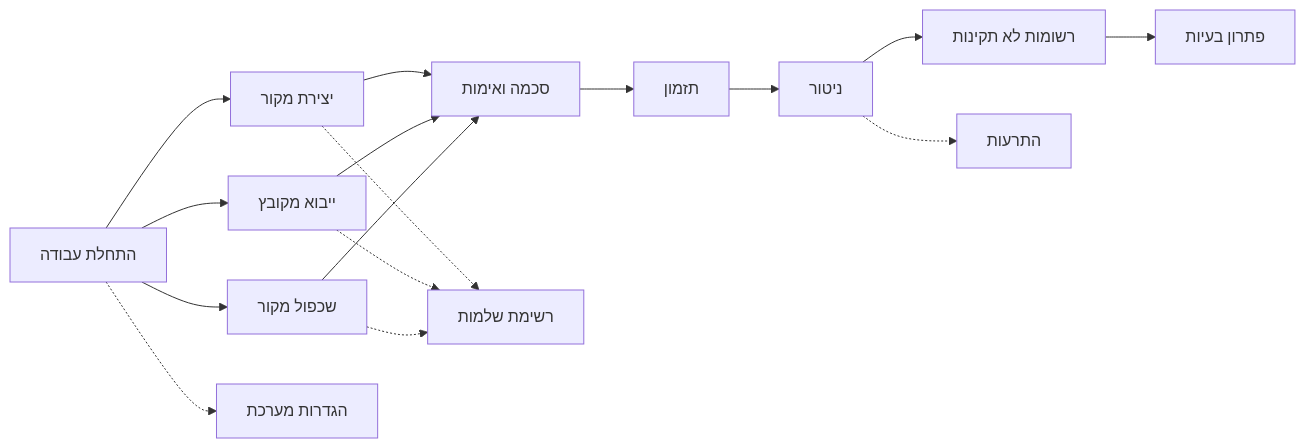
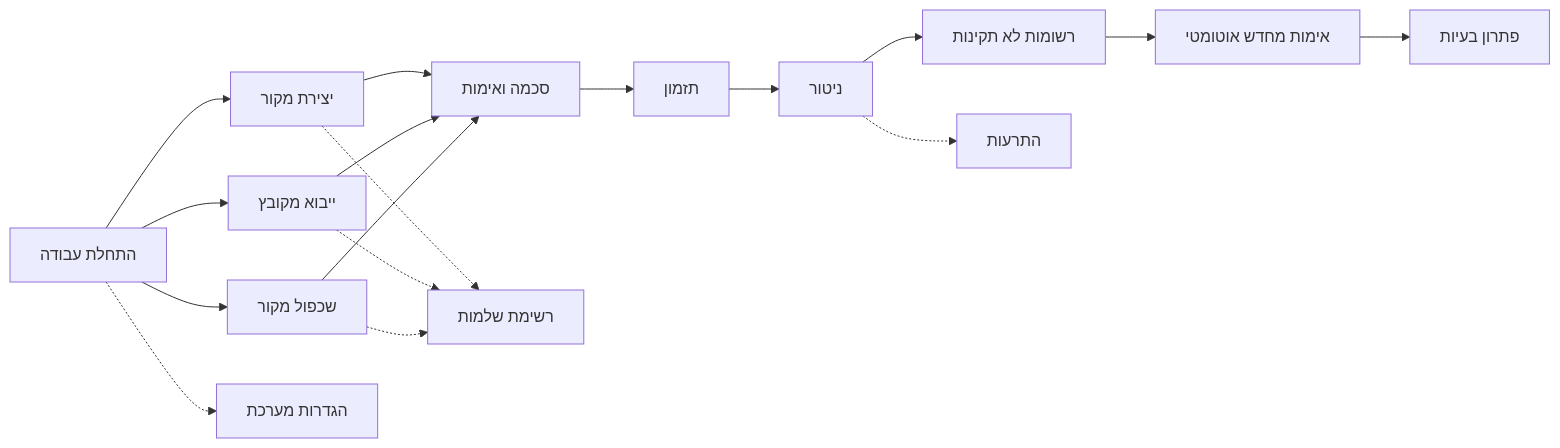
Before and after one commit to usercourses63/ez-data-processing-platform: the diagram in release-package/docs-docusaurus/docs/user-guide/index.md, drawn with Mermaid. The commit also changed other lines of this file and 7 other files, not shown here.

````diff
--- a/release-package/docs-docusaurus/docs/user-guide/index.md
+++ b/release-package/docs-docusaurus/docs/user-guide/index.md
@@ -41,18 +41,19 @@
 ```mermaid
 flowchart LR
     A[התחלת עבודה] --> B[יצירת מקור]
     A --> C[ייבוא מקובץ]
     A --> D[שכפול מקור]
     B --> E[סכמה ואימות]
     C --> E
     D --> E
     E --> F[תזמון]
     F --> G[ניטור]
     G --> H[רשומות לא תקינות]
-    H --> I[פתרון בעיות]
+    H --> H2[אימות מחדש אוטומטי]
+    H2 --> I[פתרון בעיות]
     B -.-> J[רשימת שלמות]
     C -.-> J
     D -.-> J
     G -.-> K[התרעות]
     A -.-> L[הגדרות מערכת]
 ```
````
